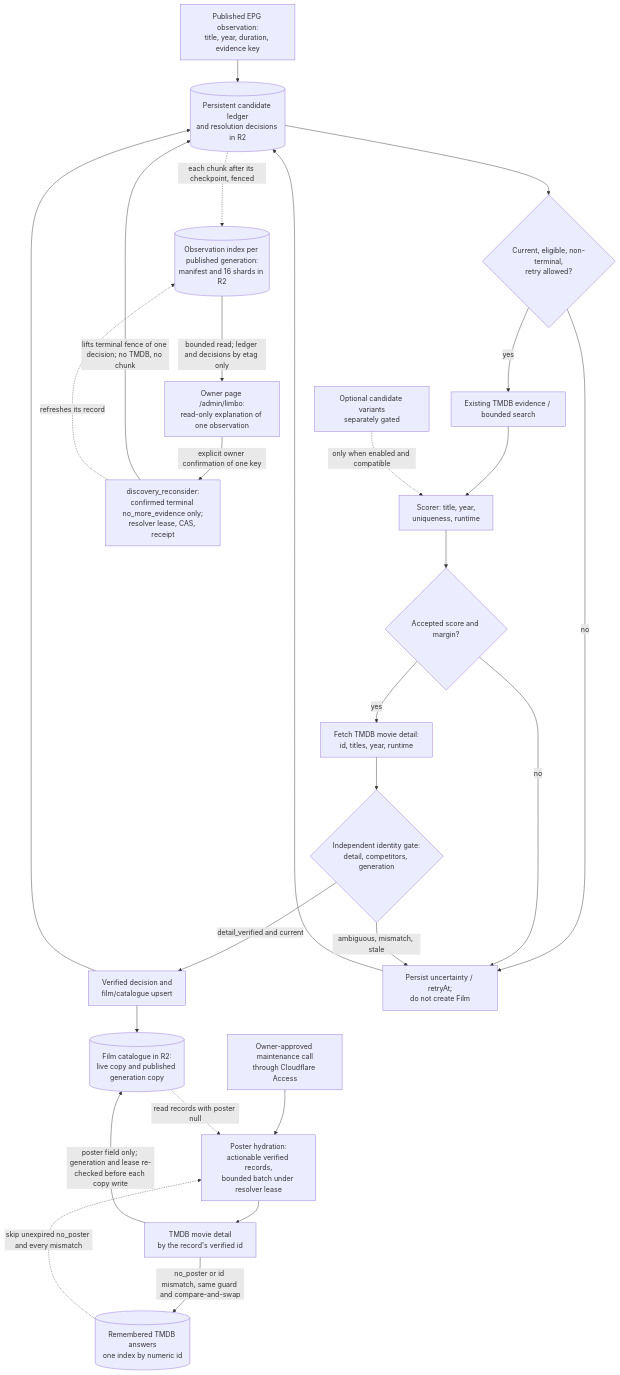
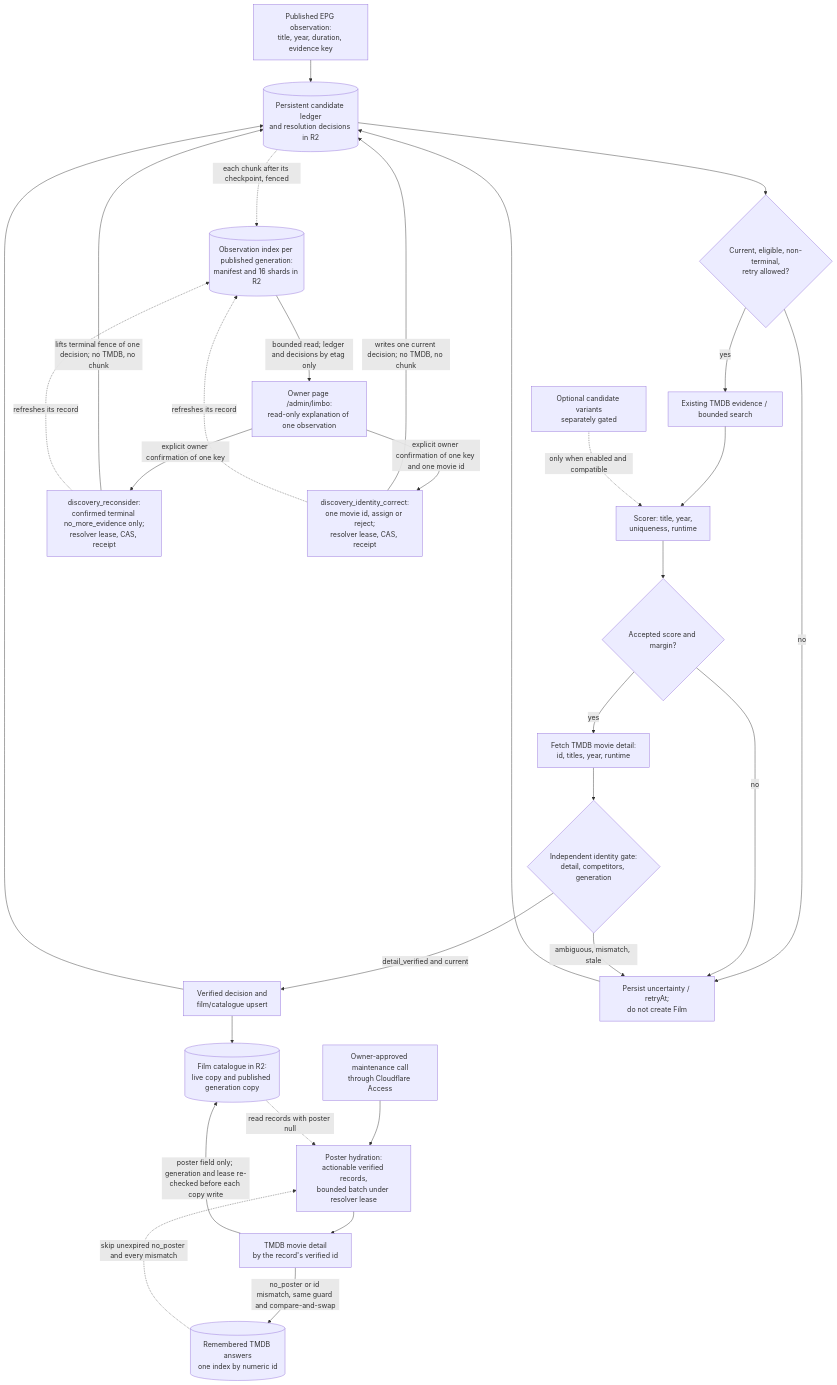
Before and after one commit to vladimino/iptv-watchlist: the diagram in docs/architecture/discovery-and-resolution.md, drawn with Mermaid. The commit also changed other lines of this file and 27 other files, not shown here.

First line of the commit message:
Add an owner correction for one discovery observation's movie id.

````diff
--- a/docs/architecture/discovery-and-resolution.md
+++ b/docs/architecture/discovery-and-resolution.md
@@ -5,45 +5,49 @@
 ```mermaid
 flowchart TD
     epg["Published EPG observation:<br/>title, year, duration, evidence key"]
     ledger[("Persistent candidate ledger<br/>and resolution decisions in R2")]
     eligible{"Current, eligible, non-terminal,<br/>retry allowed?"}
     search["Existing TMDB evidence / bounded search"]
     variants["Optional candidate variants<br/>separately gated"]
     scorer["Scorer: title, year,<br/>uniqueness, runtime"]
     score{"Accepted score and margin?"}
     detail["Fetch TMDB movie detail:<br/>id, titles, year, runtime"]
     gate{"Independent identity gate:<br/>detail, competitors, generation"}
     writer["Verified decision and<br/>film/catalogue upsert"]
     unresolved["Persist uncertainty / retryAt;<br/>do not create Film"]
     catalogue[("Film catalogue in R2:<br/>live copy and published generation copy")]
     owner["Owner-approved maintenance call<br/>through Cloudflare Access"]
     hydrate["Poster hydration:<br/>actionable verified records,<br/>bounded batch under resolver lease"]
     posterdetail["TMDB movie detail<br/>by the record's verified id"]
     negatives[("Remembered TMDB answers<br/>one index by numeric id")]
     obsindex[("Observation index per published generation:<br/>manifest and 16 shards in R2")]
     ownerread["Owner page /admin/limbo:<br/>read-only explanation of one observation"]
     reconsider["discovery_reconsider:<br/>confirmed terminal no_more_evidence only;<br/>resolver lease, CAS, receipt"]
+    identity["discovery_identity_correct:<br/>one movie id, assign or reject;<br/>resolver lease, CAS, receipt"]
     epg --> ledger --> eligible
     eligible -->|no| unresolved
     eligible -->|yes| search --> scorer
     variants -.->|only when enabled and compatible| scorer
     scorer --> score
     score -->|no| unresolved
     score -->|yes| detail --> gate
     gate -->|detail_verified and current| writer
     gate -->|ambiguous, mismatch, stale| unresolved
     writer --> ledger
     writer --> catalogue
     unresolved --> ledger
     owner --> hydrate
     catalogue -.->|read records with poster null| hydrate
     negatives -.->|skip unexpired no_poster and every mismatch| hydrate
     hydrate --> posterdetail
     posterdetail -->|poster field only; generation and lease re-checked before each copy write| catalogue
     posterdetail -->|no_poster or id mismatch, same guard and compare-and-swap| negatives
     ledger -.->|each chunk after its checkpoint, fenced| obsindex
     obsindex -->|bounded read; ledger and decisions by etag only| ownerread
     ownerread -->|explicit owner confirmation of one key| reconsider
+    ownerread -->|explicit owner confirmation of one key and one movie id| identity
     reconsider -->|lifts terminal fence of one decision; no TMDB, no chunk| ledger
+    identity -->|writes one current decision; no TMDB, no chunk| ledger
     reconsider -.->|refreshes its record| obsindex
+    identity -.->|refreshes its record| obsindex
 ```
````
